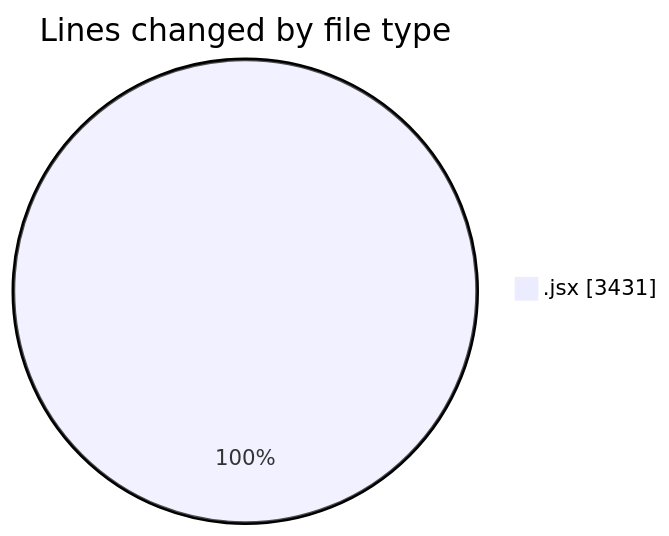
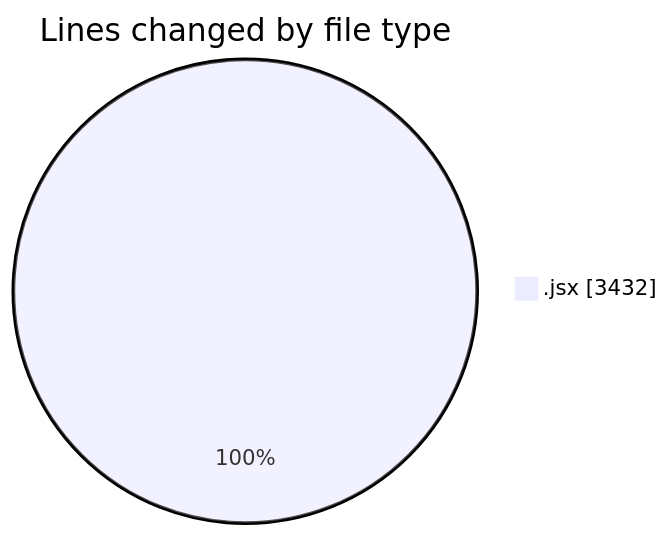
One commit to nxtqubesakshisongat/code-tracking changed the first of 2 diagrams in 2025-06-16/nxtqube_webapp/README.md. Above: the diagram before and after it, drawn with Mermaid. The commit also changed other lines of this file and 1 other file, not shown here.

````diff
--- a/2025-06-16/nxtqube_webapp/README.md
+++ b/2025-06-16/nxtqube_webapp/README.md
@@ -22,5 +22,5 @@
 ```mermaid
 pie showData
 title Lines changed by file type
-".jsx" : 3431
+".jsx" : 3432
 ```
````
